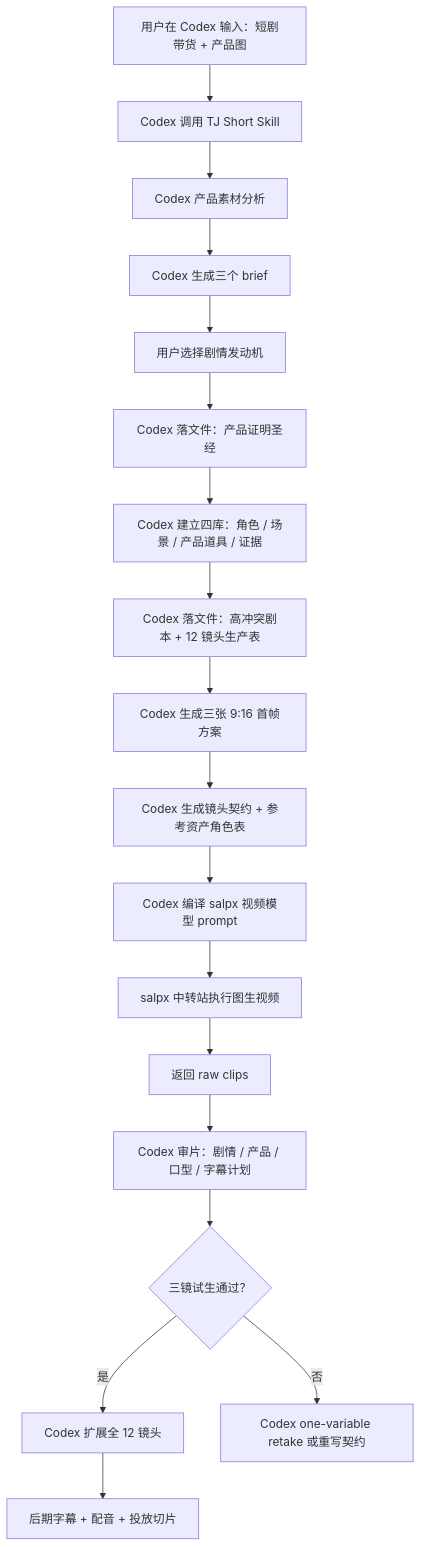
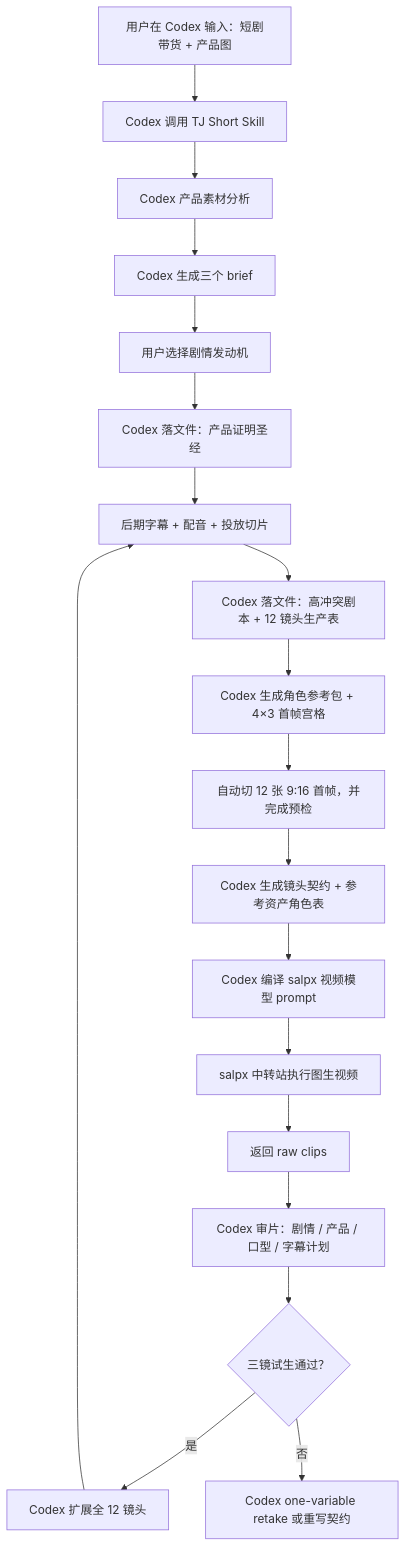
One commit to tttg2010/tj-short changed the diagram in README.md. Above: the diagram before and after it, drawn with Mermaid. The commit also changed other lines of this file and 1 other file, not shown here.

````diff
--- a/README.md
+++ b/README.md
@@ -170,20 +170,21 @@
 ```mermaid
 flowchart TD
   A["用户在 Codex 输入：短剧带货 + 产品图"] --> B["Codex 调用 TJ Short Skill"]
   B --> C["Codex 产品素材分析"]
   C --> D["Codex 生成三个 brief"]
   D --> E["用户选择剧情发动机"]
   E --> F["Codex 落文件：产品证明圣经"]
   F --> R["Codex 建立四库：角色 / 场景 / 产品道具 / 证据"]
   R --> G["Codex 落文件：高冲突剧本 + 12 镜头生产表"]
-  G --> H["Codex 生成三张 9:16 首帧方案"]
-  H --> I["Codex 生成镜头契约 + 参考资产角色表"]
-  I --> J["Codex 编译 salpx 视频模型 prompt"]
-  J --> K["salpx 中转站执行图生视频"]
-  K --> L["返回 raw clips"]
-  L --> M["Codex 审片：剧情 / 产品 / 口型 / 字幕计划"]
-  M --> N{"三镜试生通过？"}
-  N -- "是" --> O["Codex 扩展全 12 镜头"]
-  N -- "否" --> P["Codex one-variable retake 或重写契约"]
-  O --> Q["后期字幕 + 配音 + 投放切片"]
+  G --> H["Codex 生成角色参考包 + 4×3 首帧宫格"]
+  H --> I["自动切 12 张 9:16 首帧，并完成预检"]
+  I --> J["Codex 生成镜头契约 + 参考资产角色表"]
+  J --> K["Codex 编译 salpx 视频模型 prompt"]
+  K --> L["salpx 中转站执行图生视频"]
+  L --> M["返回 raw clips"]
+  M --> N["Codex 审片：剧情 / 产品 / 口型 / 字幕计划"]
+  N --> O{"三镜试生通过？"}
+  O -- "是" --> P["Codex 扩展全 12 镜头"]
+  O -- "否" --> Q["Codex one-variable retake 或重写契约"]
+  P --> R["后期字幕 + 配音 + 投放切片"]
 ```
````
